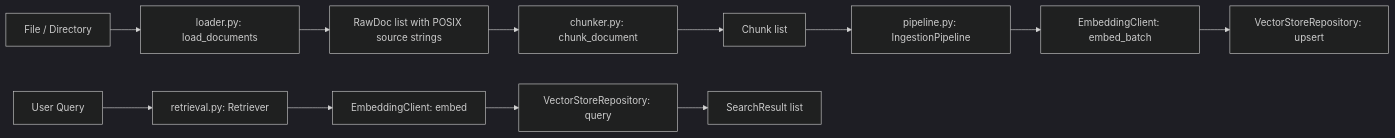
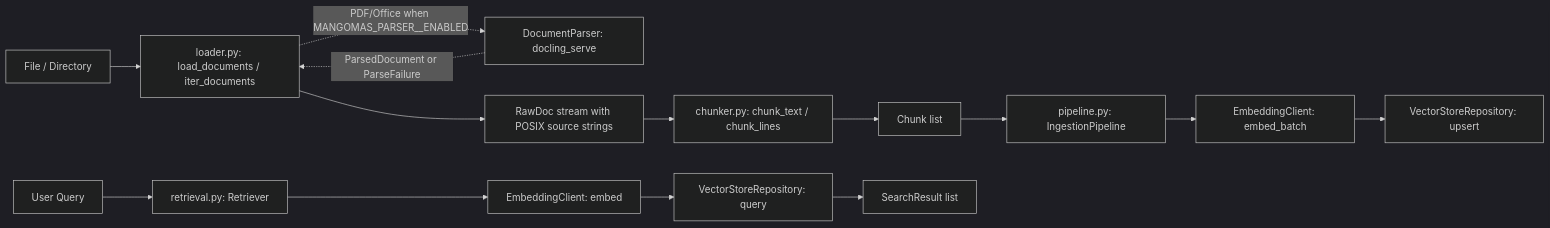
Before and after one commit to Mango-Metrics-NLM/MangoMas_V2: the second of 3 diagrams in docs/architecture/c4-code.md, drawn with Mermaid (dark theme). The commit also changed other lines of this file and 13 other files, not shown here.

````diff
--- a/docs/architecture/c4-code.md
+++ b/docs/architecture/c4-code.md
@@ -148,15 +148,17 @@
 ```mermaid
 flowchart LR
-    DocDir[File / Directory] --> Loader[loader.py: load_documents]
-    Loader --> RawDocs[RawDoc list with POSIX source strings]
-    RawDocs --> Chunker[chunker.py: chunk_document]
+    DocDir[File / Directory] --> Loader[loader.py: load_documents / iter_documents]
+    Loader -. PDF/Office when MANGOMAS_PARSER__ENABLED .-> Parser[DocumentParser: docling_serve]
+    Parser -. ParsedDocument or ParseFailure .-> Loader
+    Loader --> RawDocs[RawDoc stream with POSIX source strings]
+    RawDocs --> Chunker[chunker.py: chunk_text / chunk_lines]
     Chunker --> Chunks[Chunk list]
     Chunks --> Pipeline[pipeline.py: IngestionPipeline]
     Pipeline --> Embedder[EmbeddingClient: embed_batch]
     Embedder --> VectorStore[VectorStoreRepository: upsert]
     
     Query[User Query] --> Retriever[retrieval.py: Retriever]
     Retriever --> EmbedQuery[EmbeddingClient: embed]
     EmbedQuery --> Search[VectorStoreRepository: query]
     Search --> SearchResults[SearchResult list]
 ```
````
